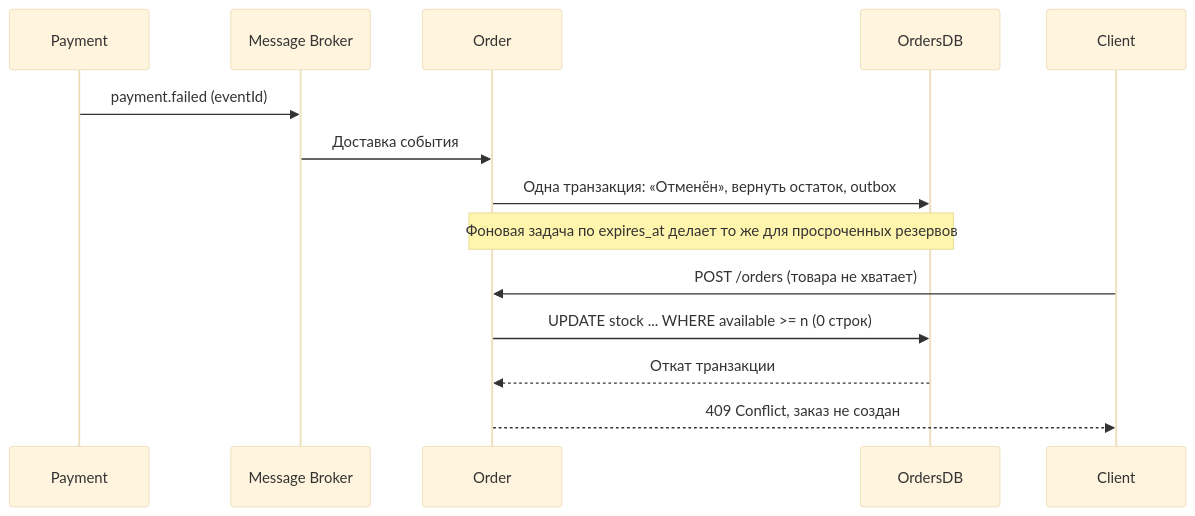
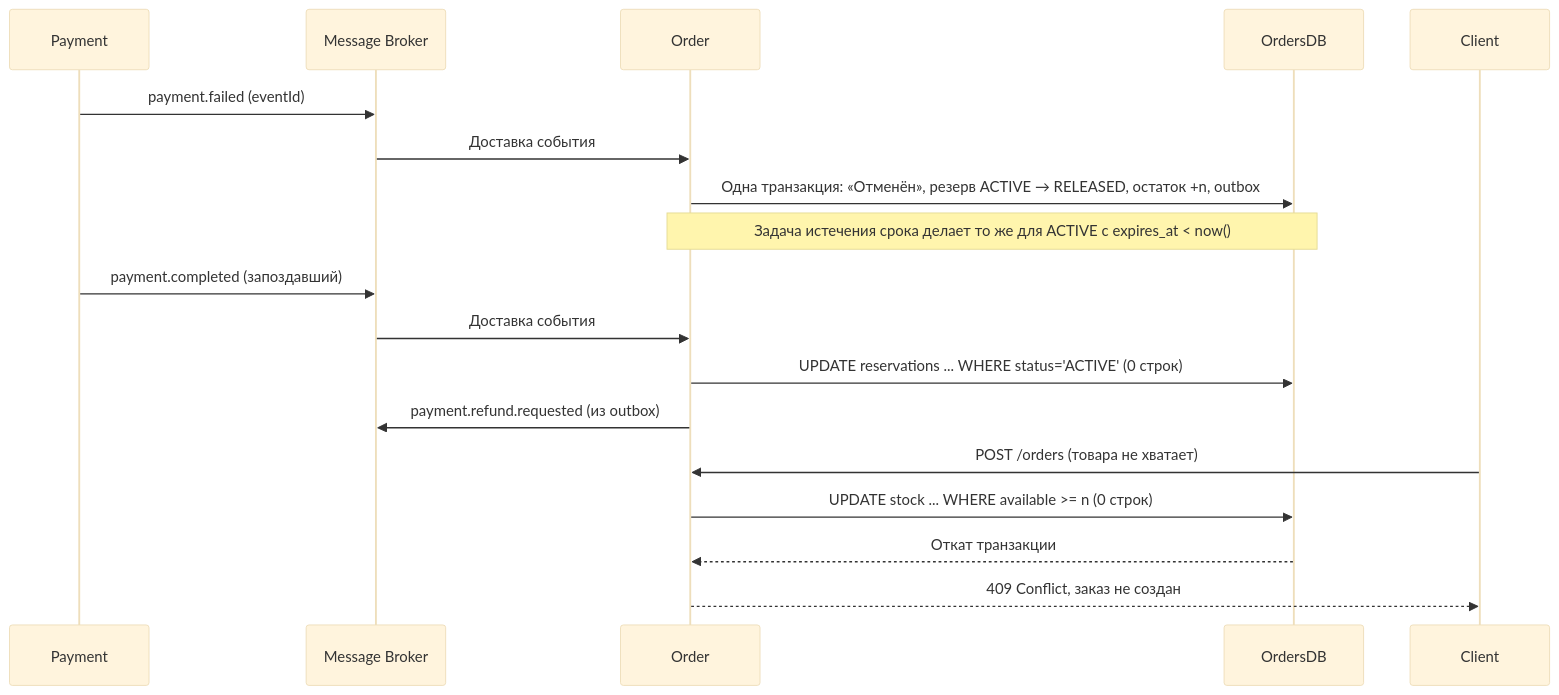
One commit to spbu-ds-practicum-2026/good_question changed the sixth of 10 diagrams in docs/tr.md. Above: the diagram before and after it, drawn with Mermaid (base theme). The commit also changed other lines of this file, not shown here.

````diff
--- a/docs/tr.md
+++ b/docs/tr.md
@@ -288,17 +392,21 @@
 ```mermaid
 sequenceDiagram
   participant Payment
   participant Broker as Message Broker
   participant Order
   participant OrdersDB
   participant Client
 
   Payment->>Broker: payment.failed (eventId)
   Broker->>Order: Доставка события
-  Order->>OrdersDB: Одна транзакция: «Отменён», вернуть остаток, outbox
-  Note over Order,OrdersDB: Фоновая задача по expires_at делает то же для просроченных резервов
+  Order->>OrdersDB: Одна транзакция: «Отменён», резерв ACTIVE → RELEASED, остаток +n, outbox
+  Note over Order,OrdersDB: Задача истечения срока делает то же для ACTIVE с expires_at < now()
+  Payment->>Broker: payment.completed (запоздавший)
+  Broker->>Order: Доставка события
+  Order->>OrdersDB: UPDATE reservations ... WHERE status='ACTIVE' (0 строк)
+  Order->>Broker: payment.refund.requested (из outbox)
   Client->>Order: POST /orders (товара не хватает)
   Order->>OrdersDB: UPDATE stock ... WHERE available >= n (0 строк)
   OrdersDB-->>Order: Откат транзакции
   Order-->>Client: 409 Conflict, заказ не создан
 ```
````
